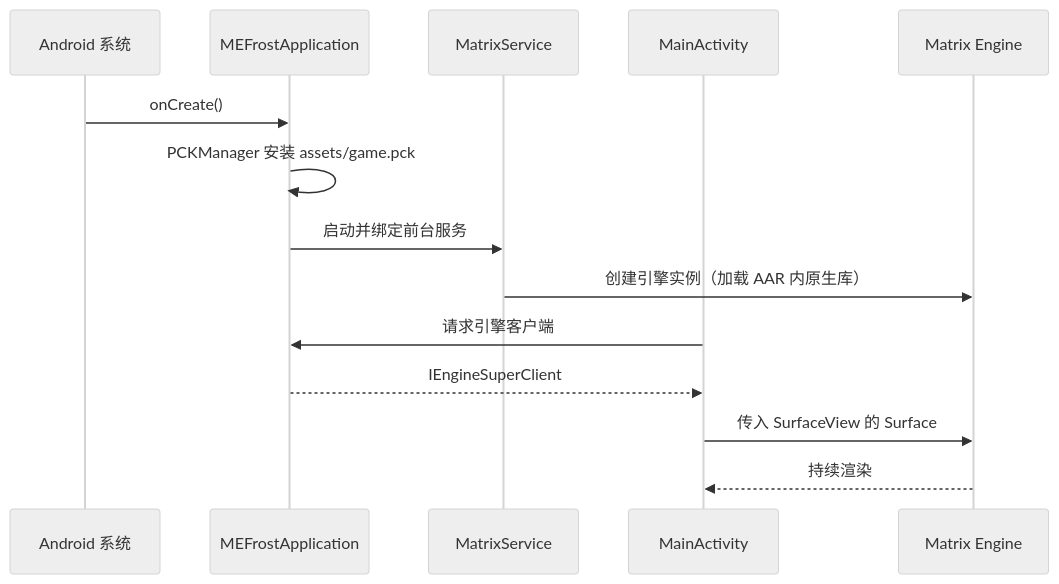
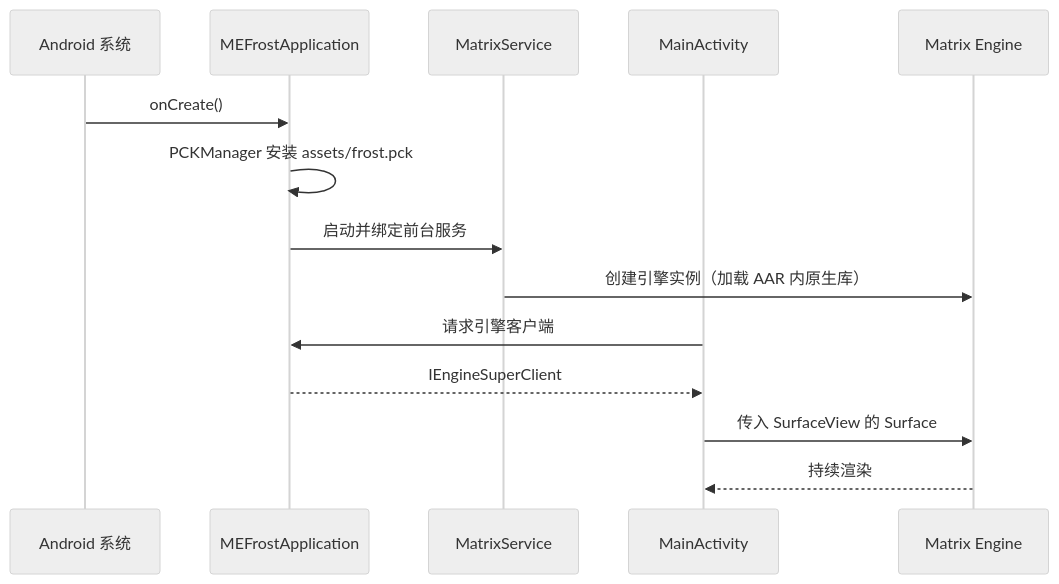
Before and after one commit to hznewsense/matrix-engine-frost-project: the diagram in README.md, drawn with Mermaid (neutral theme). The commit also changed other lines of this file and 6 other files, not shown here.

First line of the commit message:
refactor: 游戏内容包更名为 frost.pck

````diff
--- a/README.md
+++ b/README.md
@@ -84,17 +84,17 @@
 ```mermaid
 sequenceDiagram
     participant Boot as Android 系统
     participant App as MEFrostApplication
     participant Svc as MatrixService
     participant Act as MainActivity
     participant Eng as Matrix Engine
 
     Boot->>App: onCreate()
-    App->>App: PCKManager 安装 assets/game.pck
+    App->>App: PCKManager 安装 assets/frost.pck
     App->>Svc: 启动并绑定前台服务
     Svc->>Eng: 创建引擎实例（加载 AAR 内原生库）
     Act->>App: 请求引擎客户端
     App-->>Act: IEngineSuperClient
     Act->>Eng: 传入 SurfaceView 的 Surface
     Eng-->>Act: 持续渲染
 ```
````
